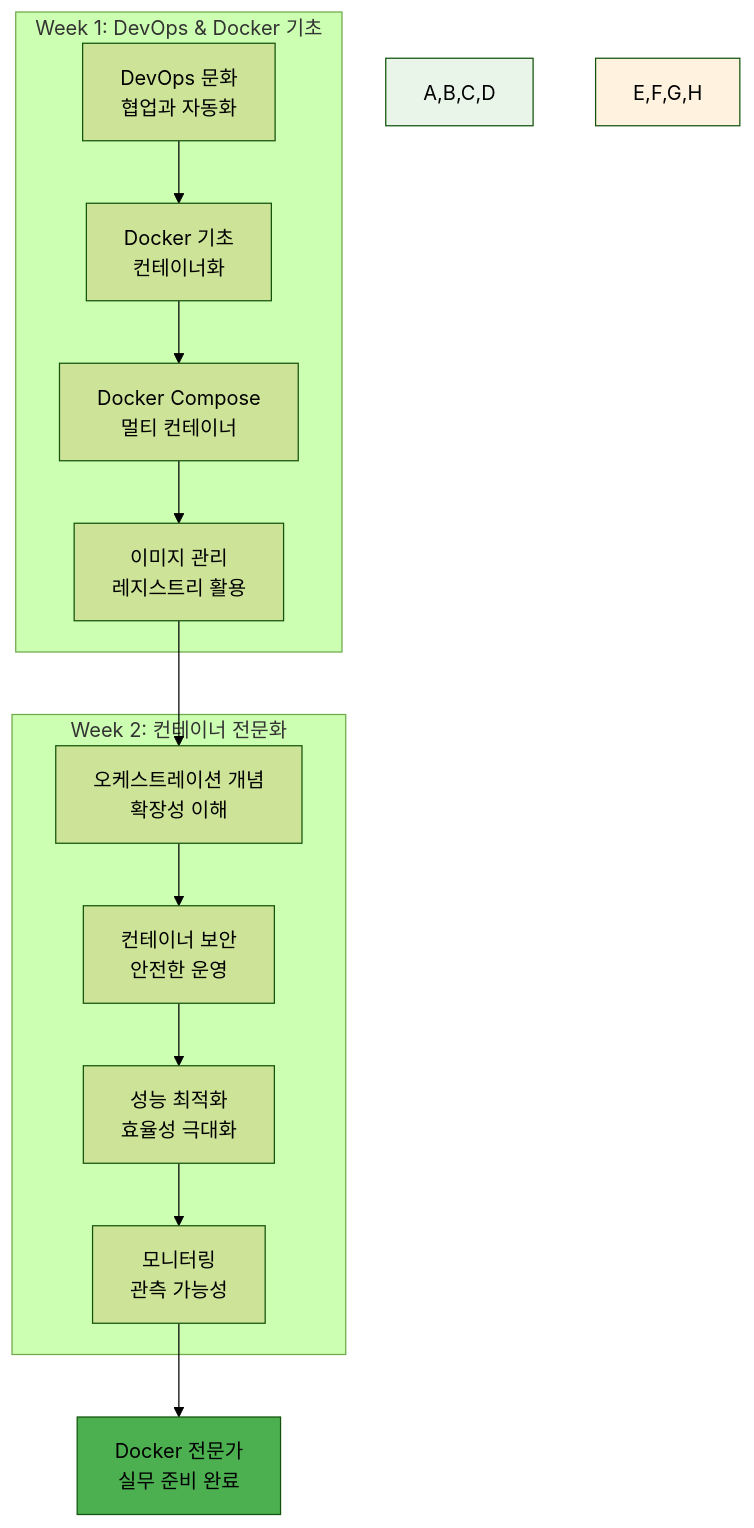
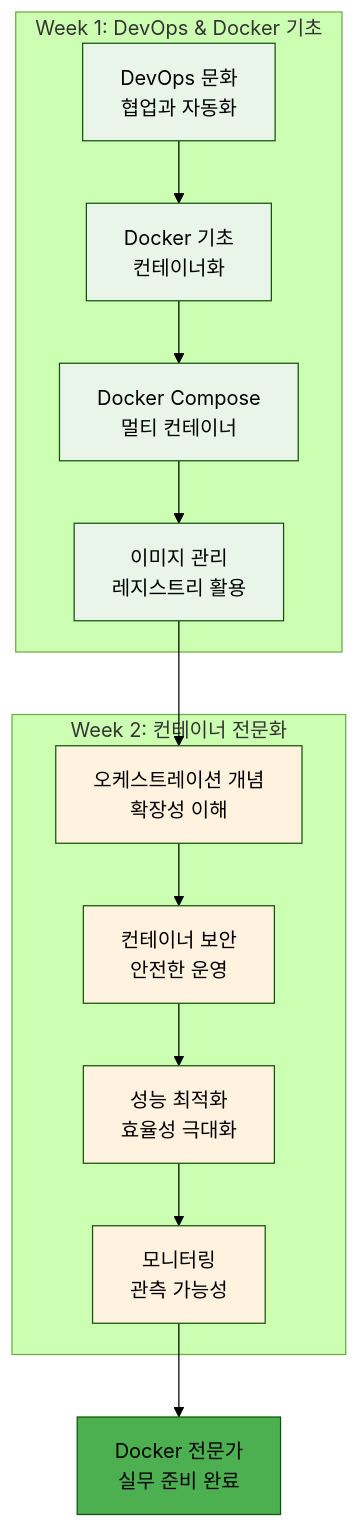
The first of 14 diagrams in theory/week_02/day4/README_corrected.md (niceguy61/kdt_devops_lecture_2025), drawn with Mermaid (forest theme) before and after one commit. The commit also changed other lines of this file and 12 other files, not shown here.

Commit message:
mermaid 수정

````diff
--- a/theory/week_02/day4/README_corrected.md
+++ b/theory/week_02/day4/README_corrected.md
@@ -57,21 +57,27 @@
 ```mermaid
 graph TB
     subgraph "Week 1: DevOps & Docker 기초"
         A[DevOps 문화<br/>협업과 자동화] --> B[Docker 기초<br/>컨테이너화]
         B --> C[Docker Compose<br/>멀티 컨테이너]
         C --> D[이미지 관리<br/>레지스트리 활용]
     end
     
     subgraph "Week 2: 컨테이너 전문화"
         E[오케스트레이션 개념<br/>확장성 이해] --> F[컨테이너 보안<br/>안전한 운영]
         F --> G[성능 최적화<br/>효율성 극대화]
         G --> H[모니터링<br/>관측 가능성]
     end
     
     D --> E
     H --> I[Docker 전문가<br/>실무 준비 완료]
     
-    style A,B,C,D fill:#e8f5e8
-    style E,F,G,H fill:#fff3e0
+    style A fill:#e8f5e8
+    style B fill:#e8f5e8
+    style C fill:#e8f5e8
+    style D fill:#e8f5e8
+    style E fill:#fff3e0
+    style F fill:#fff3e0
+    style G fill:#fff3e0
+    style H fill:#fff3e0
     style I fill:#4caf50
 ```
````
